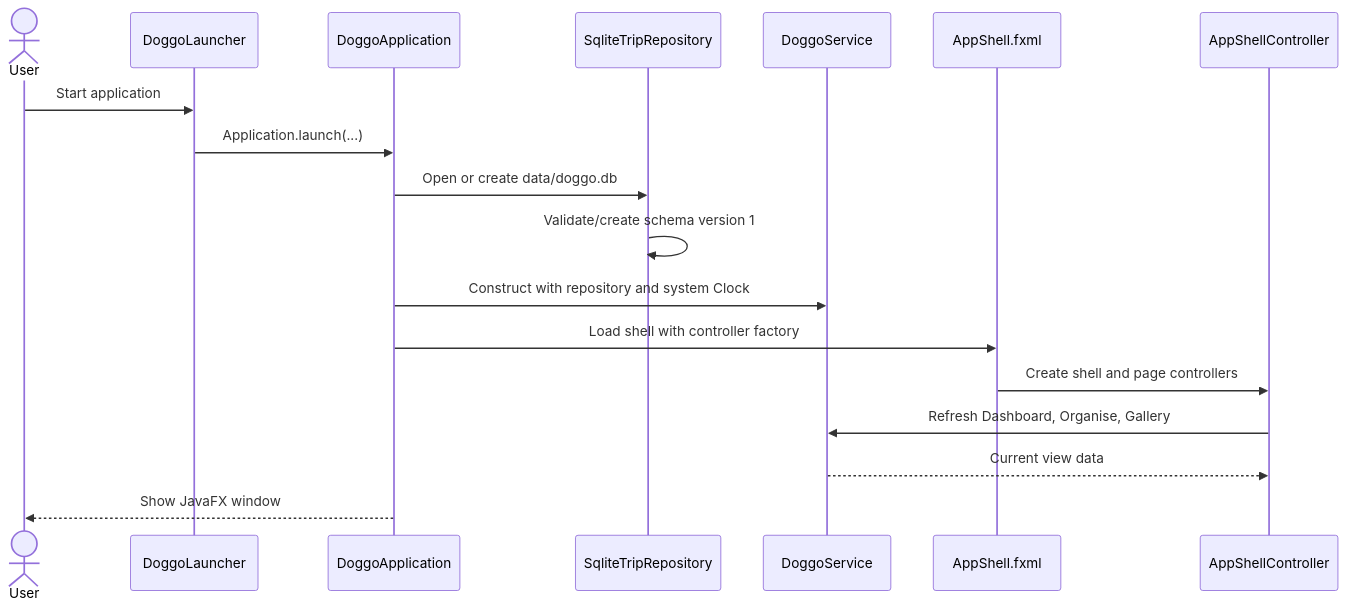
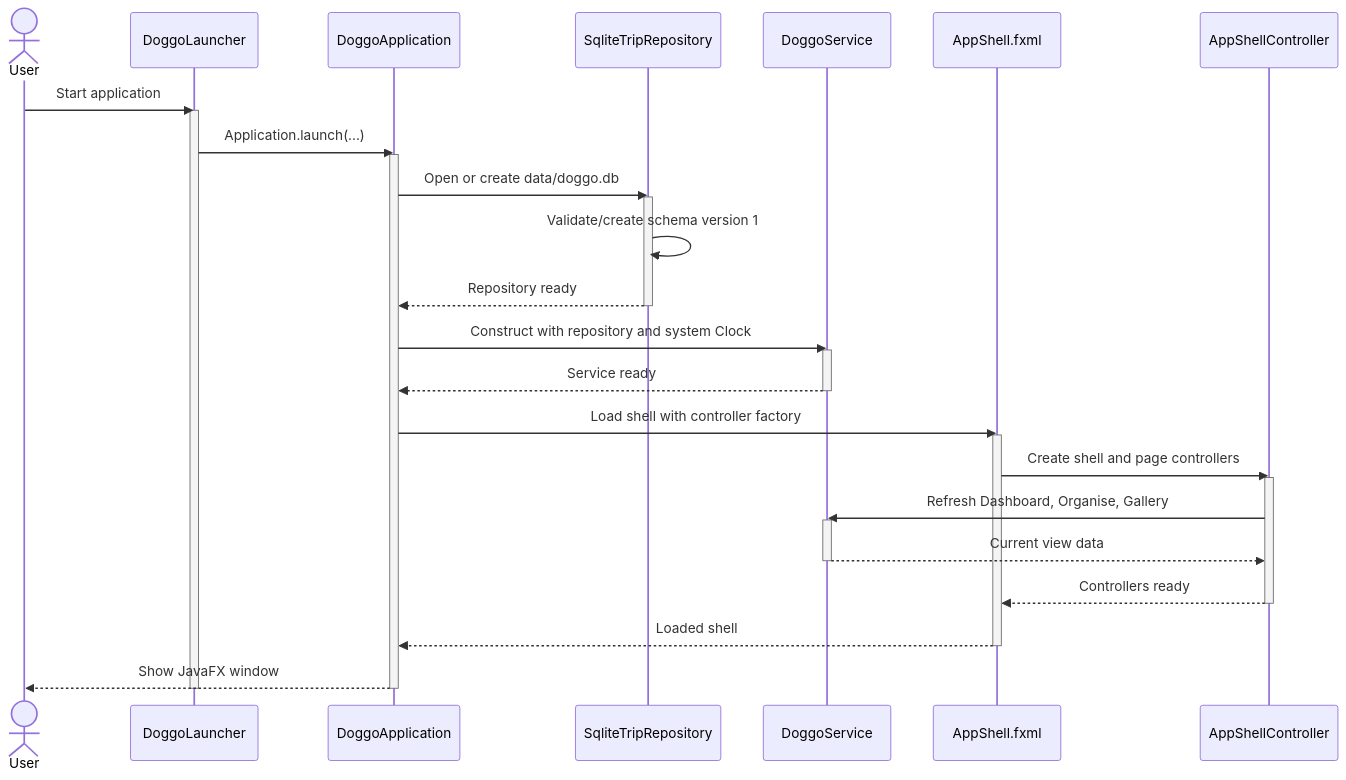
The third of 7 diagrams in docs/DeveloperGuide.md (blurfrost/CS3227-2610-MP1), drawn with Mermaid before and after one commit. The commit also changed other lines of this file, not shown here.

Commit message:
Update Developer guide sequence diagrams

```diff
--- a/docs/DeveloperGuide.md
+++ b/docs/DeveloperGuide.md
@@ -346,21 +346,39 @@
 ~~~mermaid
 sequenceDiagram
     actor User
     participant Launcher as DoggoLauncher
     participant App as DoggoApplication
     participant DB as SqliteTripRepository
     participant Service as DoggoService
     participant FXML as AppShell.fxml
     participant Shell as AppShellController
 
     User->>Launcher: Start application
+    activate Launcher
     Launcher->>App: Application.launch(...)
+    activate App
     App->>DB: Open or create data/doggo.db
+    activate DB
     DB->>DB: Validate/create schema version 1
+    DB-->>App: Repository ready
+    deactivate DB
     App->>Service: Construct with repository and system Clock
+    activate Service
+    Service-->>App: Service ready
+    deactivate Service
     App->>FXML: Load shell with controller factory
+    activate FXML
     FXML->>Shell: Create shell and page controllers
+    activate Shell
     Shell->>Service: Refresh Dashboard, Organise, Gallery
+    activate Service
     Service-->>Shell: Current view data
+    deactivate Service
+    Shell-->>FXML: Controllers ready
+    deactivate Shell
+    FXML-->>App: Loaded shell
+    deactivate FXML
     App-->>User: Show JavaFX window
+    deactivate App
+    deactivate Launcher
 ~~~
```
